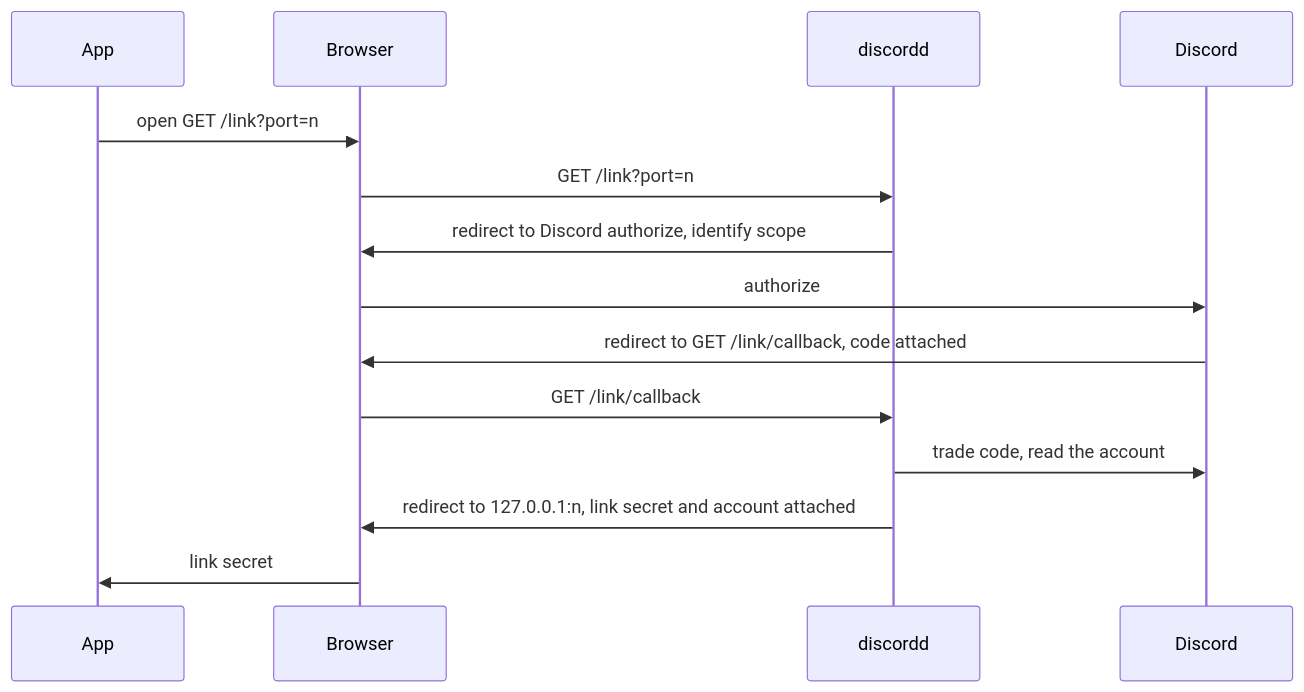
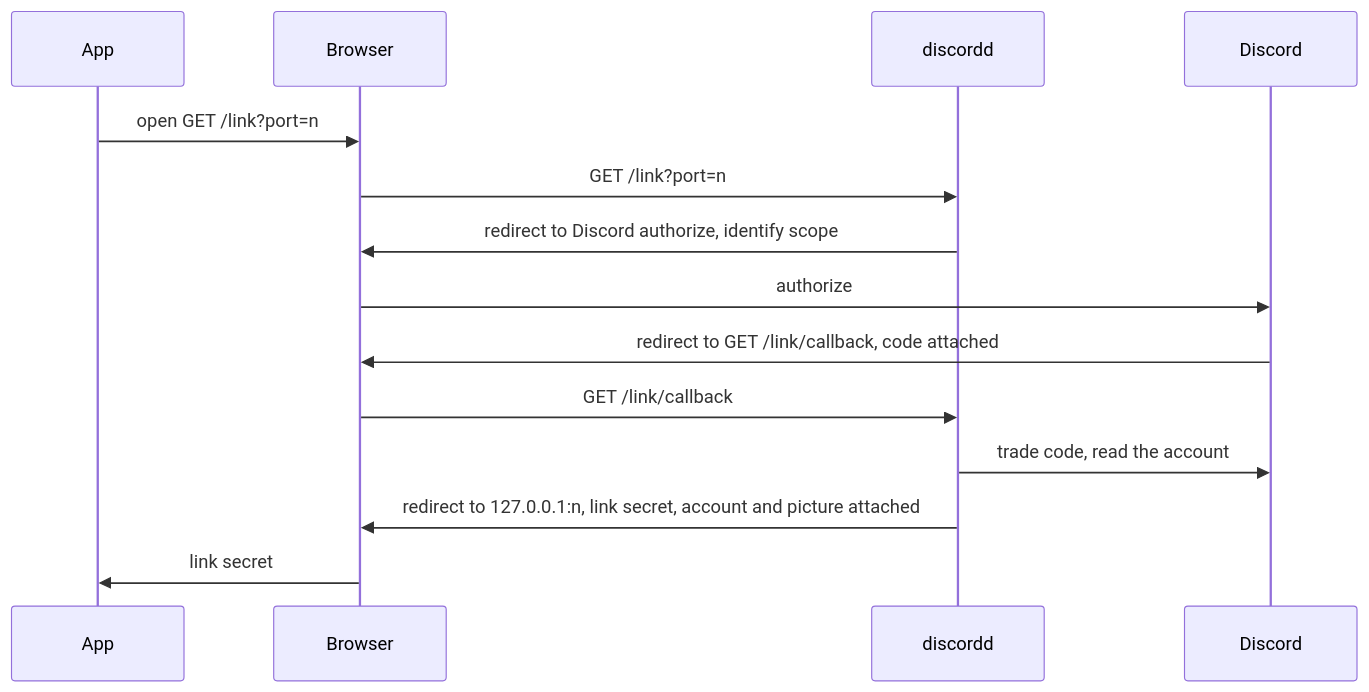
Before and after one commit to bjoern621/screen-sharing: the first of 3 diagrams in docs/discord-mode.md, drawn with Mermaid. The commit also changed other lines of this file and 45 other files, not shown here.

````diff
--- a/docs/discord-mode.md
+++ b/docs/discord-mode.md
@@ -25,17 +25,17 @@
 ```mermaid
 sequenceDiagram
     participant A as App
     participant B as Browser
     participant D as discordd
     participant O as Discord
 
     A->>B: open GET /link?port=n
     B->>D: GET /link?port=n
     D->>B: redirect to Discord authorize, identify scope
     B->>O: authorize
     O->>B: redirect to GET /link/callback, code attached
     B->>D: GET /link/callback
     D->>O: trade code, read the account
-    D->>B: redirect to 127.0.0.1:n, link secret and account attached
+    D->>B: redirect to 127.0.0.1:n, link secret, account and picture attached
     B->>A: link secret
 ```
````
